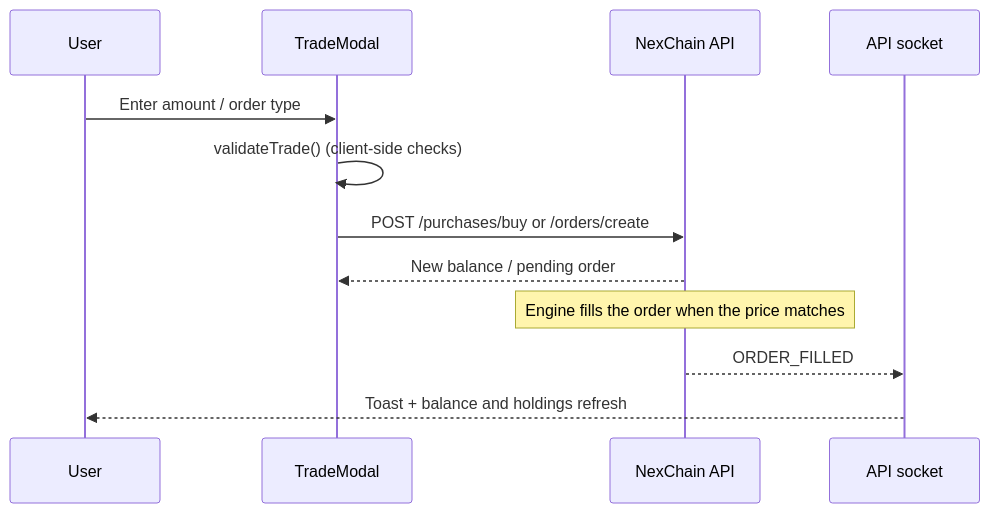
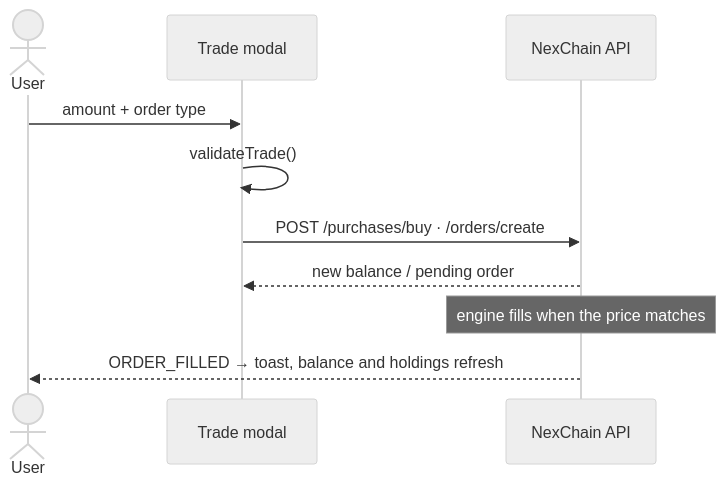
One commit to Arjunsathia/NexChain-FE changed the second of 2 diagrams in README.md. Above: the diagram before and after it, drawn with Mermaid. The commit also changed other lines of this file and 1 other file, not shown here.

````diff
--- a/README.md
+++ b/README.md
@@ -98,14 +135,13 @@
 ```mermaid
+%%{init: {'theme':'neutral'}}%%
 sequenceDiagram
-    participant U as User
-    participant TM as TradeModal
+    actor U as User
+    participant TM as Trade modal
     participant API as NexChain API
-    participant WS as API socket
-    U->>TM: Enter amount / order type
-    TM->>TM: validateTrade() (client-side checks)
-    TM->>API: POST /purchases/buy or /orders/create
-    API-->>TM: New balance / pending order
-    Note over API: Engine fills the order when the price matches
-    API-->>WS: ORDER_FILLED
-    WS-->>U: Toast + balance and holdings refresh
+    U->>TM: amount + order type
+    TM->>TM: validateTrade()
+    TM->>API: POST /purchases/buy · /orders/create
+    API-->>TM: new balance / pending order
+    Note over API: engine fills when the price matches
+    API-->>U: ORDER_FILLED → toast, balance and holdings refresh
 ```
````
